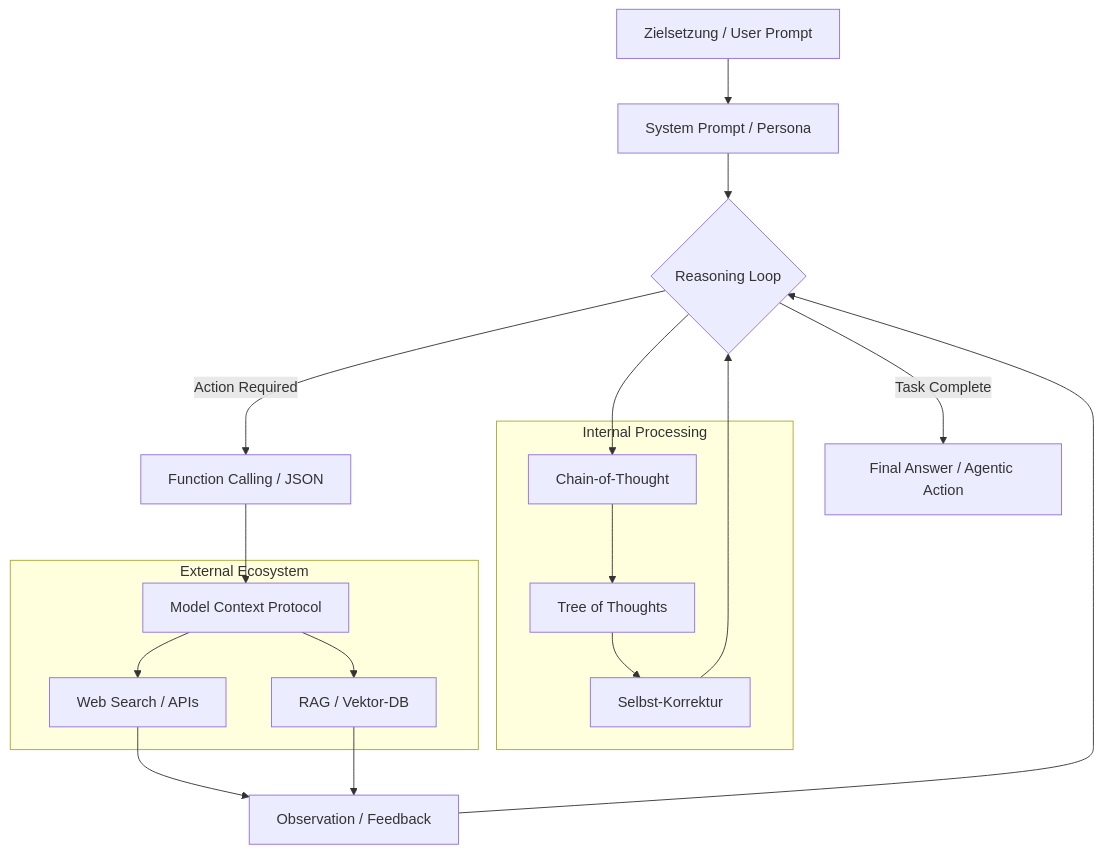
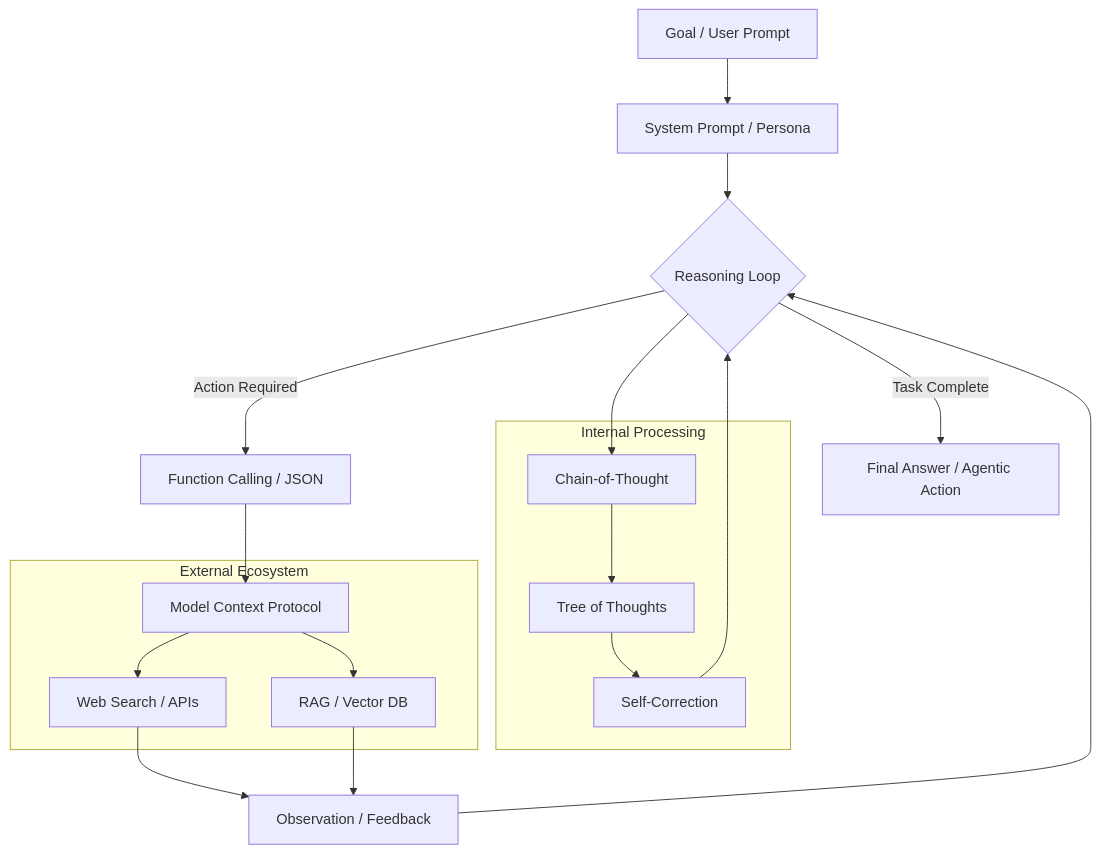
One commit to roger-infanger-weibel/ghostwriter.ai changed diagram 13 of 19 in glossary/rendered/AI-Glossary.md. Above: the diagram before and after it, drawn with Mermaid. The commit also changed other lines of this file and 24 other files, not shown here.

````diff
--- a/glossary/rendered/AI-Glossary.md
+++ b/glossary/rendered/AI-Glossary.md
@@ -412,33 +412,33 @@
 ```mermaid
 graph TD
-    Goal[Zielsetzung / User Prompt] --> SP[System Prompt / Persona]
+    Goal[Goal / User Prompt] --> SP[System Prompt / Persona]
     SP --> Loop{Reasoning Loop}
-    
+
     subgraph "Internal Processing"
         CoT[Chain-of-Thought]
         ToT[Tree of Thoughts]
-        SelfCorr[Selbst-Korrektur]
+        SelfCorr[Self-Correction]
     end
-    
+
     Loop --> CoT
     CoT --> ToT
     ToT --> SelfCorr
     SelfCorr --> Loop
-    
+
     Loop -- "Action Required" --> Tools[Function Calling / JSON]
-    
+
     subgraph "External Ecosystem"
         MCP[Model Context Protocol]
         Web[Web Search / APIs]
-        RAG[RAG / Vektor-DB]
+        RAG[RAG / Vector DB]
     end
-    
+
     Tools --> MCP
     MCP --> Web
     MCP --> RAG
-    
+
     Web & RAG --> Obs[Observation / Feedback]
     Obs --> Loop
-    
+
     Loop -- "Task Complete" --> Final[Final Answer / Agentic Action]
 ```
````
